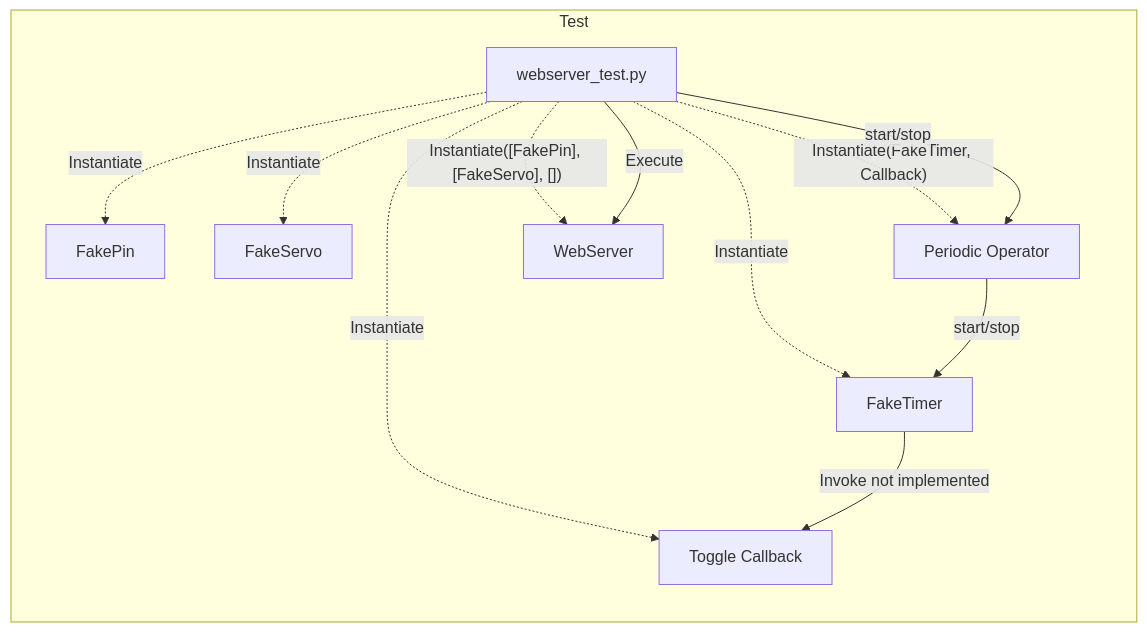
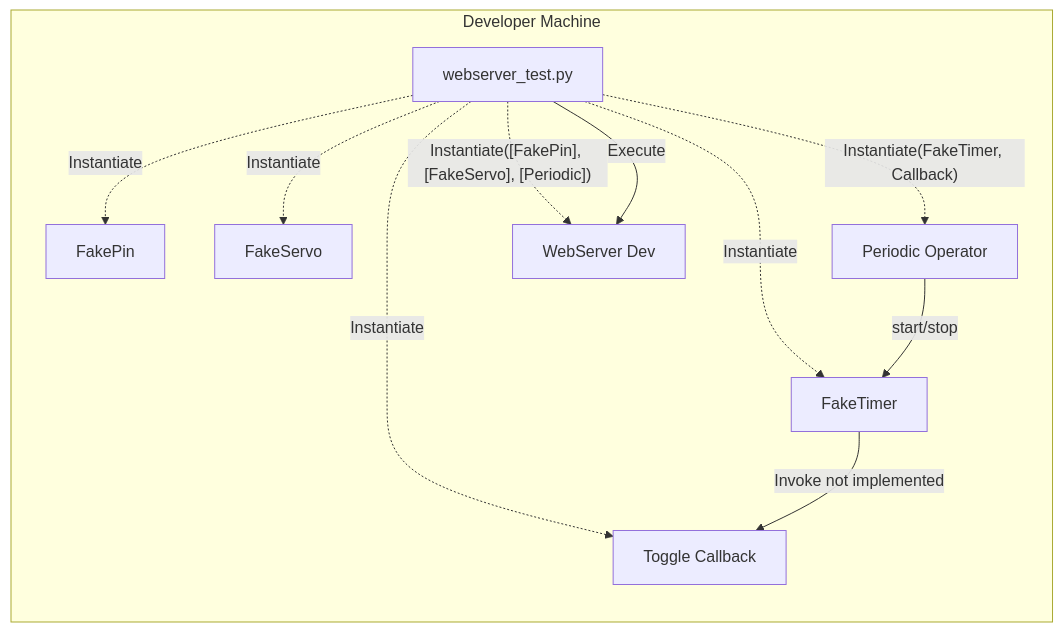
One commit to freemansoft/ESP8266-MicroPython changed the third of 7 diagrams in README.md. Above: the diagram before and after it, drawn with Mermaid. The commit also changed other lines of this file, not shown here.

Commit message:
More diagram updates split test and iot

````diff
--- a/README.md
+++ b/README.md
@@ -124,23 +124,24 @@
 ```mermaid
 graph LR;
-subgraph Test
+subgraph Developer Machine
         webserver_test.py
         FakePin
         FakeServo
+        PeriodicOperator[Periodic Operator]
         FakeTimer
         Toggle[Toggle Callback]
-        PeriodicOperator[Periodic Operator]
-        WebServer-Dev[WebServer]
+        WebServer[WebServer Dev]
 
     webserver_test.py -.->|"Instantiate"|FakePin
     webserver_test.py -.->|"Instantiate"|FakeServo
     webserver_test.py -.->|"Instantiate"| FakeTimer
     webserver_test.py -.->|"Instantiate"| Toggle
     webserver_test.py -.->|"Instantiate(FakeTimer, Callback)"|PeriodicOperator
-    webserver_test.py -.->|"Instantiate([FakePin], [FakeServo], [])"|WebServer-Dev
-    webserver_test.py --> |"Execute"|WebServer-Dev
-    webserver_test.py --> |"start/stop"| PeriodicOperator
-    PeriodicOperator --> |"start/stop"|FakeTimer
+    webserver_test.py -.->|"Instantiate([FakePin], [FakeServo], [Periodic])"|WebServer
+    webserver_test.py --> |"Execute"|WebServer
+
+    PeriodicOperator  --> |"start/stop"|FakeTimer
     FakeTimer -->        |"Invoke not implemented"| Toggle
+
 end
 ```
````
